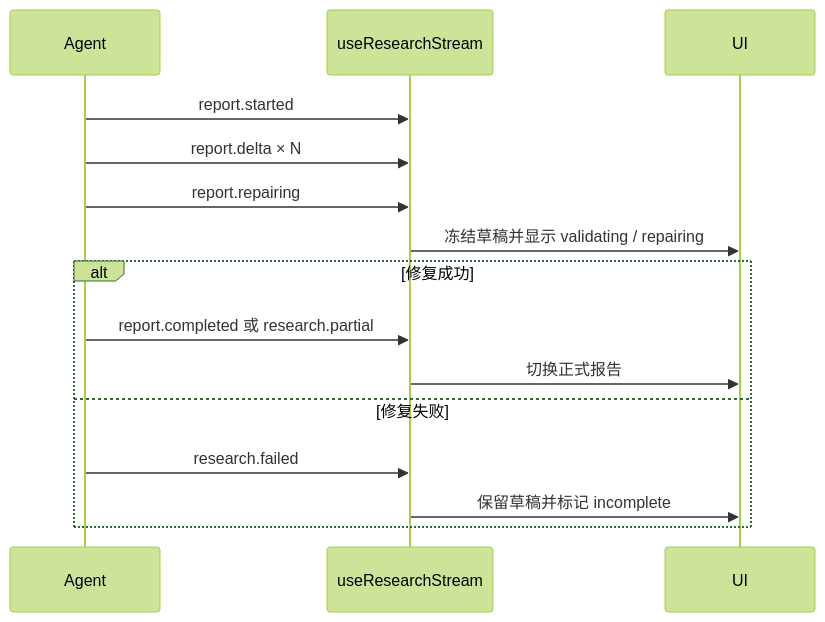
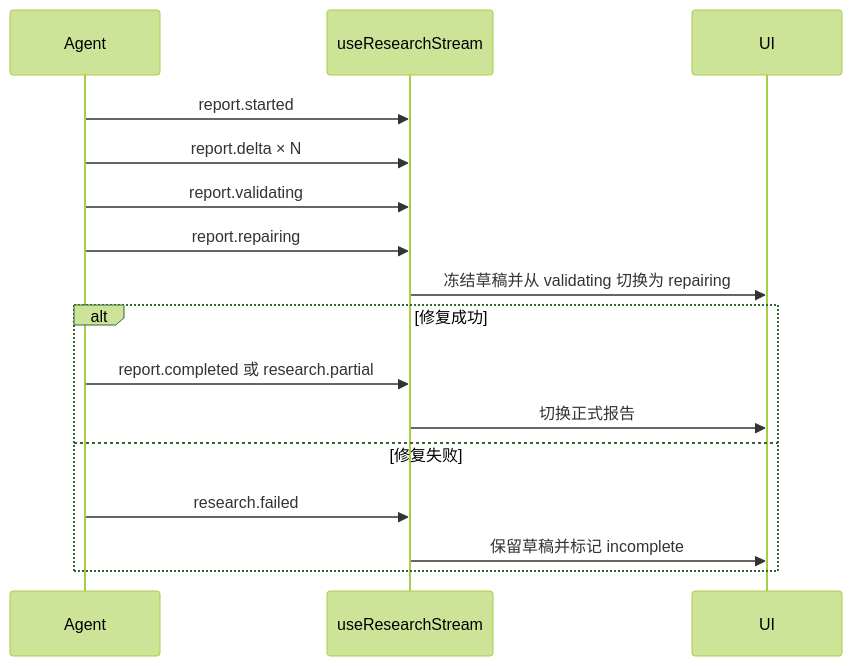
Before and after one commit to nightsu/research-agent-demo: the fourth of 4 diagrams in docs/superpowers/specs/2026-07-16-streaming-research-report-design.md, drawn with Mermaid (forest theme). The commit also changed other lines of this file, not shown here.

Commit message:
docs: clarify report validation event

````diff
--- a/docs/superpowers/specs/2026-07-16-streaming-research-report-design.md
+++ b/docs/superpowers/specs/2026-07-16-streaming-research-report-design.md
@@ -175,18 +178,19 @@
 ```mermaid
 sequenceDiagram
     participant Agent
     participant Hook as useResearchStream
     participant UI
 
     Agent->>Hook: report.started
     Agent->>Hook: report.delta × N
+    Agent->>Hook: report.validating
     Agent->>Hook: report.repairing
-    Hook->>UI: 冻结草稿并显示 validating / repairing
+    Hook->>UI: 冻结草稿并从 validating 切换为 repairing
     alt 修复成功
         Agent->>Hook: report.completed 或 research.partial
         Hook->>UI: 切换正式报告
     else 修复失败
         Agent->>Hook: research.failed
         Hook->>UI: 保留草稿并标记 incomplete
     end
 ```
````
